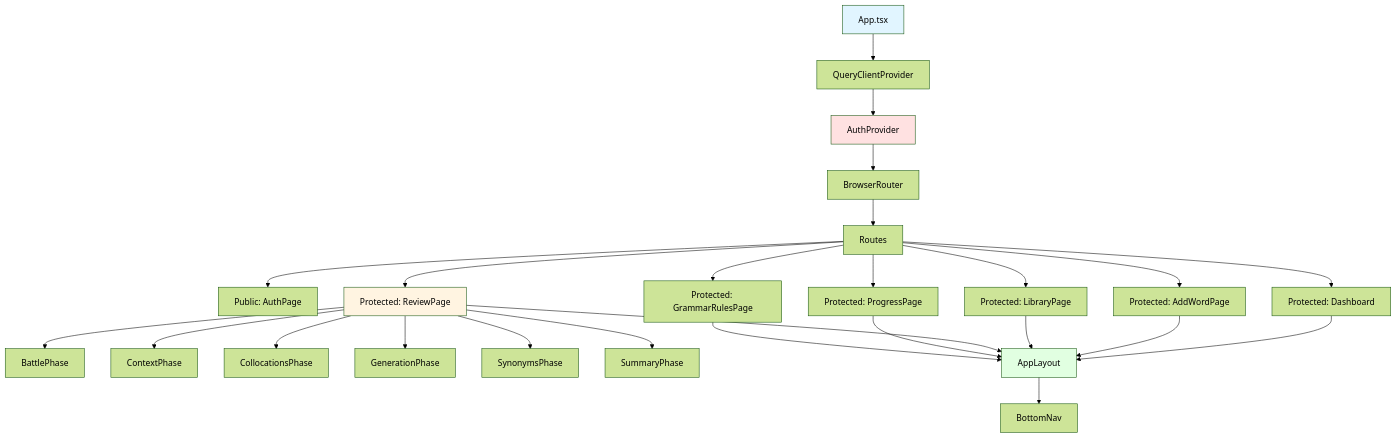
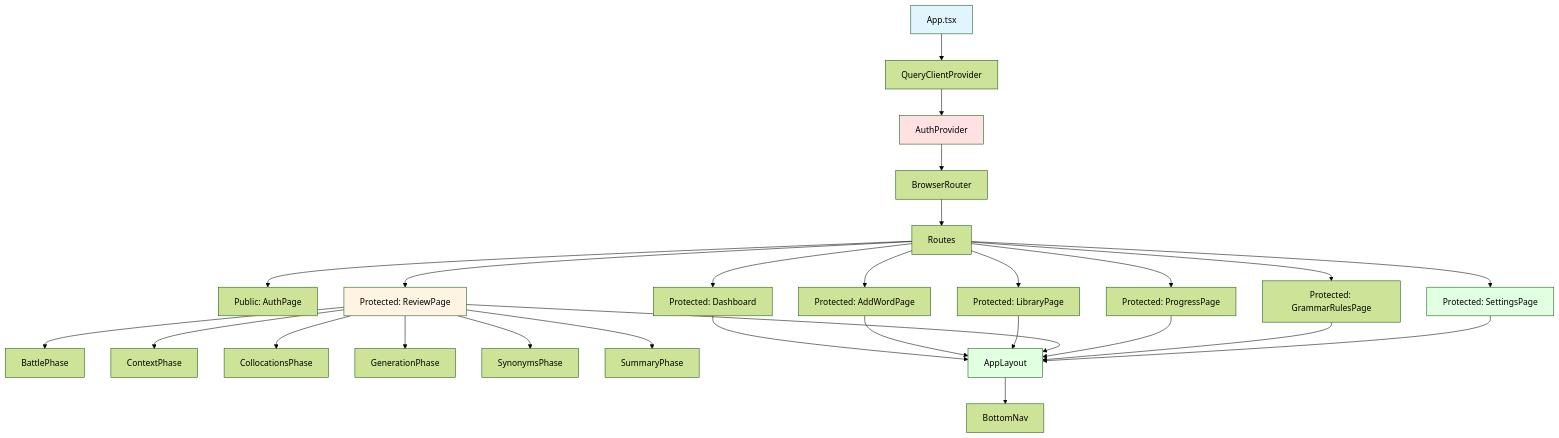
One commit to MirazZim/LexCore changed the fifth of 5 diagrams in README.md. Above: the diagram before and after it, drawn with Mermaid (forest theme). The commit also changed other lines of this file, not shown here.

````diff
--- a/README.md
+++ b/README.md
@@ -312,36 +313,39 @@
 ```mermaid
 graph TD
     App[App.tsx] --> QueryProvider[QueryClientProvider]
     QueryProvider --> AuthProvider[AuthProvider]
     AuthProvider --> Router[BrowserRouter]
     Router --> Routes[Routes]
 
     Routes --> Public[Public: AuthPage]
     Routes --> Protected1[Protected: Dashboard]
     Routes --> Protected2[Protected: AddWordPage]
     Routes --> Protected3[Protected: LibraryPage]
     Routes --> Protected4[Protected: ReviewPage]
     Routes --> Protected5[Protected: ProgressPage]
     Routes --> Protected6[Protected: GrammarRulesPage]
+    Routes --> Protected7[Protected: SettingsPage]
 
     Protected4 --> BattlePhase[BattlePhase]
     Protected4 --> ContextPhase[ContextPhase]
     Protected4 --> CollocationsPhase[CollocationsPhase]
     Protected4 --> GenerationPhase[GenerationPhase]
     Protected4 --> SynonymsPhase[SynonymsPhase]
     Protected4 --> SummaryPhase[SummaryPhase]
 
     Protected1 --> AppLayout[AppLayout]
     Protected2 --> AppLayout
     Protected3 --> AppLayout
     Protected4 --> AppLayout
     Protected5 --> AppLayout
     Protected6 --> AppLayout
+    Protected7 --> AppLayout
 
     AppLayout --> BottomNav[BottomNav]
 
     style App fill:#e1f5ff
     style AuthProvider fill:#ffe1e1
     style Protected4 fill:#fff4e1
+    style Protected7 fill:#e1ffe1
     style AppLayout fill:#e1ffe1
 ```
````
